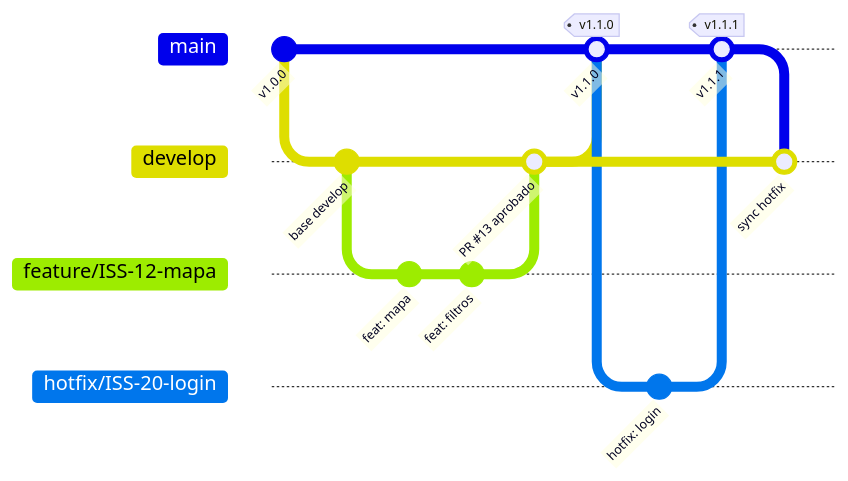
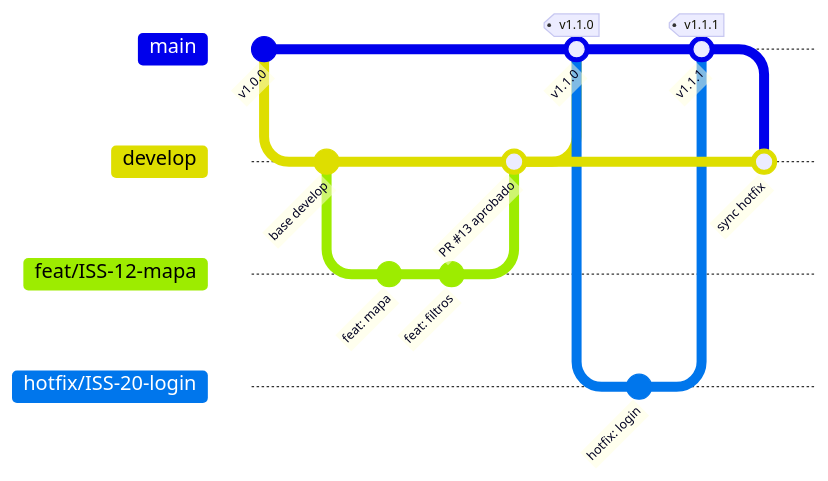
Before and after one commit to procalculoFactory/Metodologia: the first of 2 diagrams in README.md, drawn with Mermaid. The commit also changed other lines of this file, not shown here.

````diff
--- a/README.md
+++ b/README.md
@@ -114,22 +367,22 @@
 ```mermaid
 gitGraph
    commit id: "v1.0.0"
    branch develop
    checkout develop
    commit id: "base develop"
-   branch feature/ISS-12-mapa
-   checkout feature/ISS-12-mapa
+   branch feat/ISS-12-mapa
+   checkout feat/ISS-12-mapa
    commit id: "feat: mapa"
    commit id: "feat: filtros"
    checkout develop
-   merge feature/ISS-12-mapa id: "PR #13 aprobado"
+   merge feat/ISS-12-mapa id: "PR #13 aprobado"
    checkout main
    merge develop id: "v1.1.0" tag: "v1.1.0"
    branch hotfix/ISS-20-login
    checkout hotfix/ISS-20-login
    commit id: "hotfix: login"
    checkout main
    merge hotfix/ISS-20-login id: "v1.1.1" tag: "v1.1.1"
    checkout develop
    merge main id: "sync hotfix"
 ```
````
